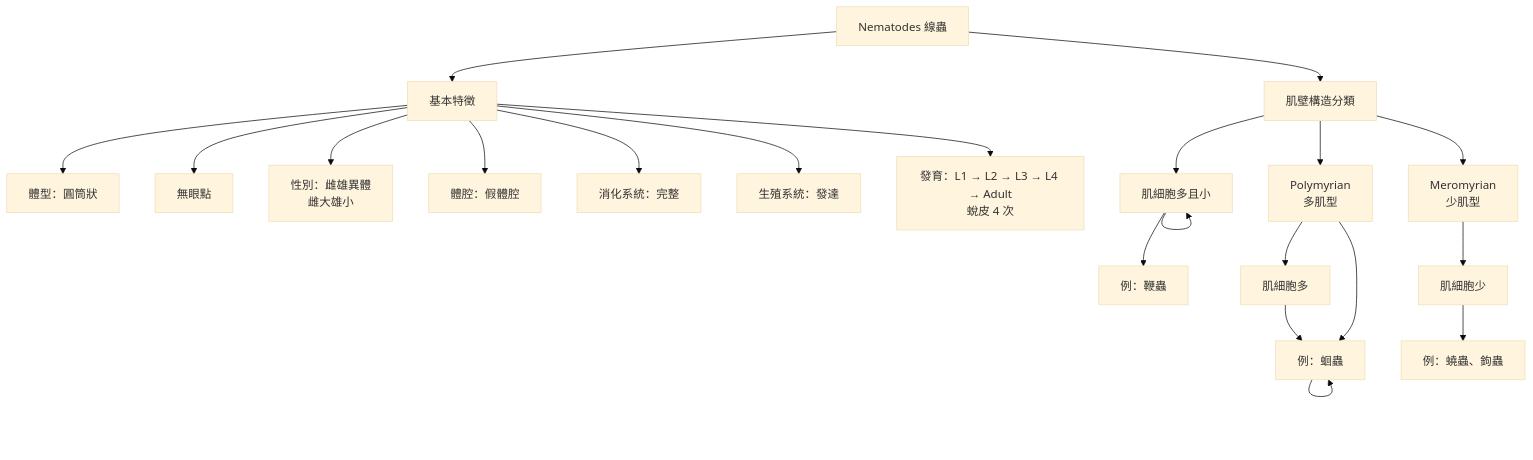
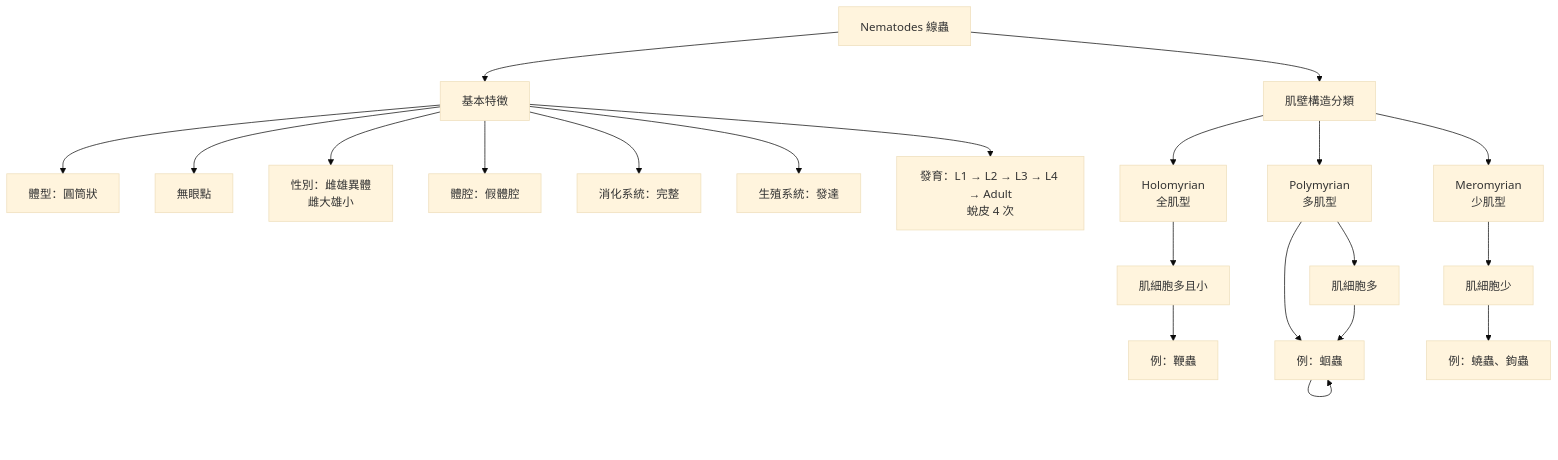
Before and after one commit to xenocgytjp/parasite-graph: the diagram in 綜論.md, drawn with Mermaid (base theme).

````diff
--- a/綜論.md
+++ b/綜論.md
@@ -59,32 +59,32 @@
 ```mermaid
 flowchart TD
 
 A[Nematodes 線蟲]
 
 %% ===== 基本特徵 =====
 A --> B[基本特徵]
 B --> B1[體型：圓筒狀]
 B --> B2[無眼點]
 B --> B3[性別：雌雄異體<br/>雌大雄小]
 B --> B4[體腔：假體腔]
 B --> B5[消化系統：完整]
 B --> B6[生殖系統：發達]
 B --> B7[發育：L1 → L2 → L3 → L4 → Adult<br/>蛻皮 4 次]
 
 %% ===== 肌壁分類 =====
 A --> C[肌壁構造分類]
 
 C --> C1[Holomyrian<br/>全肌型]
-C1 --> C1[肌細胞多且小]
-C1 --> C1a[例：鞭蟲]
+C1 --> C1a[肌細胞多且小]
+C1a --> C1b[例：鞭蟲]
 
 C --> C2[Polymyrian<br/>多肌型]
 C2 --> C2a[肌細胞多]
 C2 --> C2b[向體腔凸入]
 C2a --> C2b[例：蛔蟲]
 C2b --> C2b[例：蛔蟲]
 
 C --> C3[Meromyrian<br/>少肌型]
 C3 --> C3a[肌細胞少]
 C3a --> C3b[例：蟯蟲、鉤蟲]
 ```
````
